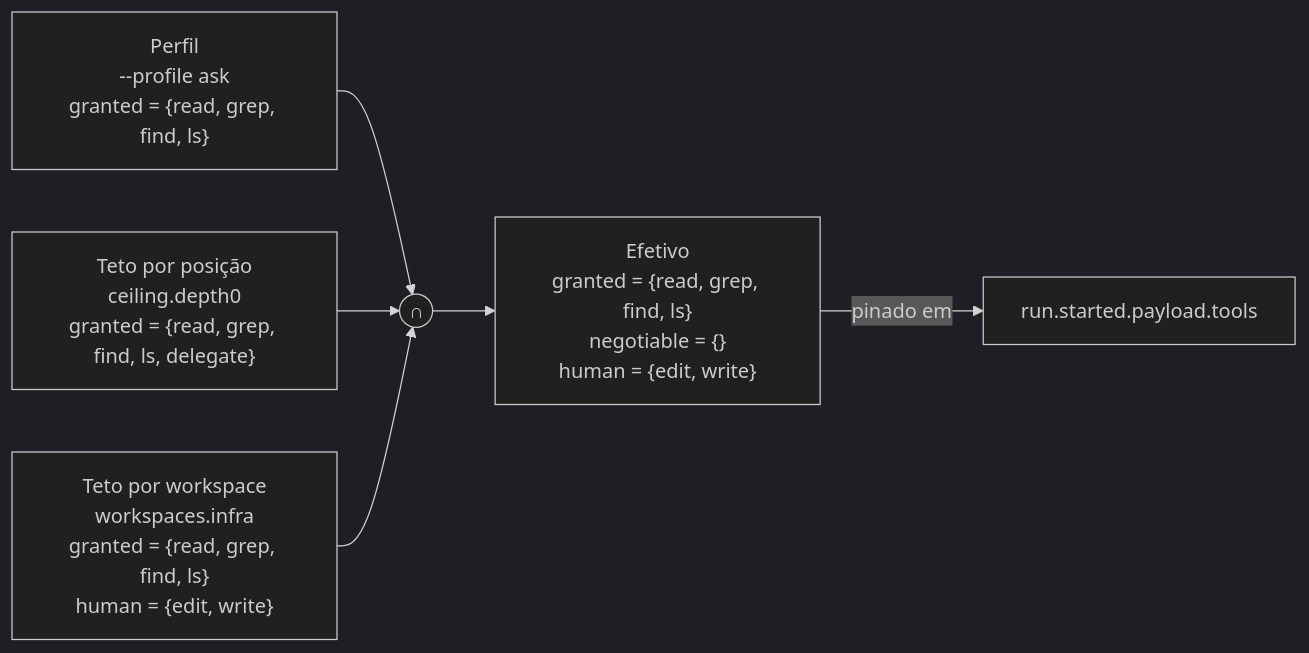
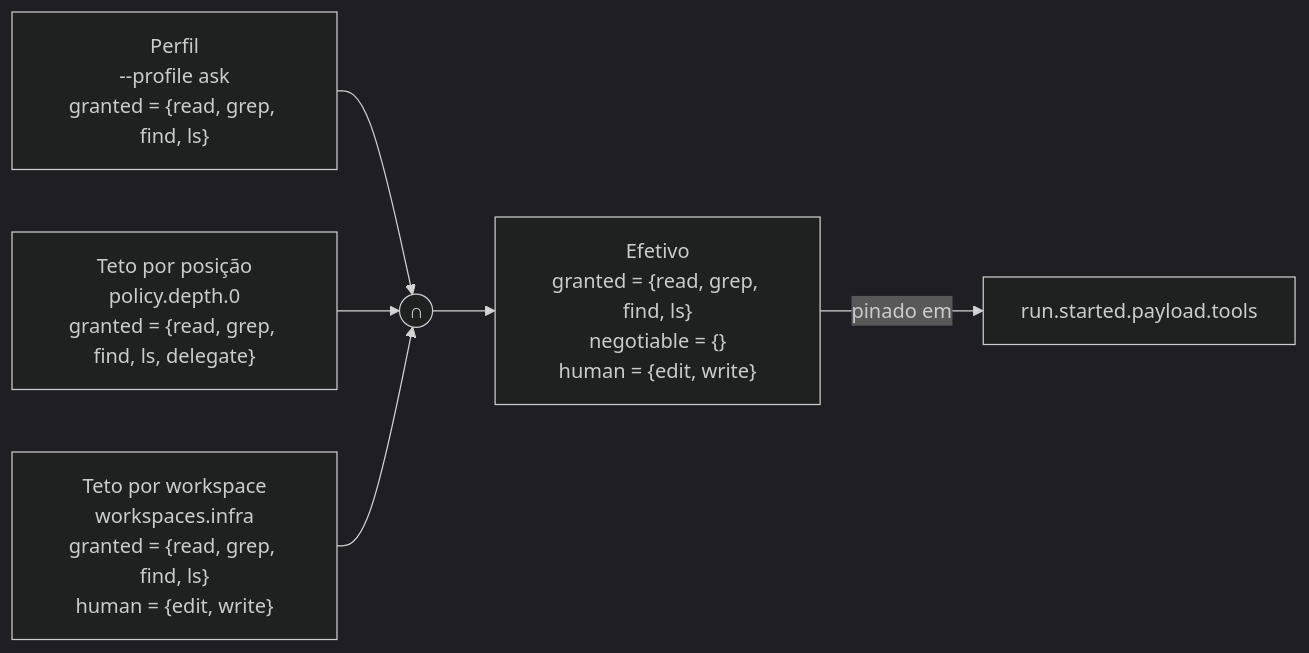
Before and after one commit to This-Is-NPC/omunculus: the first of 5 diagrams in docs/to-be/tool-policy.md, drawn with Mermaid (dark theme). The commit also changed other lines of this file and 7 other files, not shown here.

````diff
--- a/docs/to-be/tool-policy.md
+++ b/docs/to-be/tool-policy.md
@@ -32,12 +32,12 @@
 ```mermaid
 flowchart LR
     P["Perfil<br/>--profile ask<br/>granted = {read, grep, find, ls}"]
-    D["Teto por posição<br/>ceiling.depth0<br/>granted = {read, grep, find, ls, delegate}"]
+    D["Teto por posição<br/>policy.depth.0<br/>granted = {read, grep, find, ls, delegate}"]
     W["Teto por workspace<br/>workspaces.infra<br/>granted = {read, grep, find, ls}<br/>human = {edit, write}"]
     E["Efetivo<br/>granted = {read, grep, find, ls}<br/>negotiable = {}<br/>human = {edit, write}"]
     P --> I((∩))
     D --> I
     W --> I
     I --> E
     E -->|pinado em| RS["run.started.payload.tools"]
 ```
````
